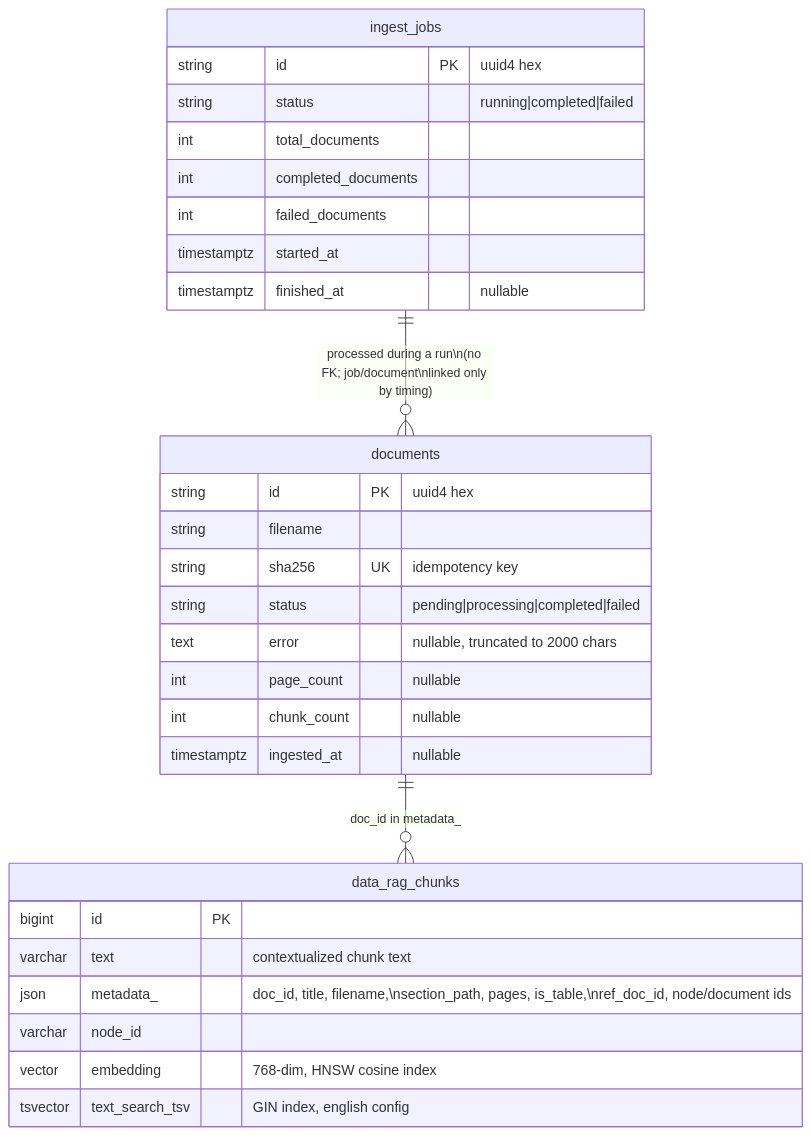
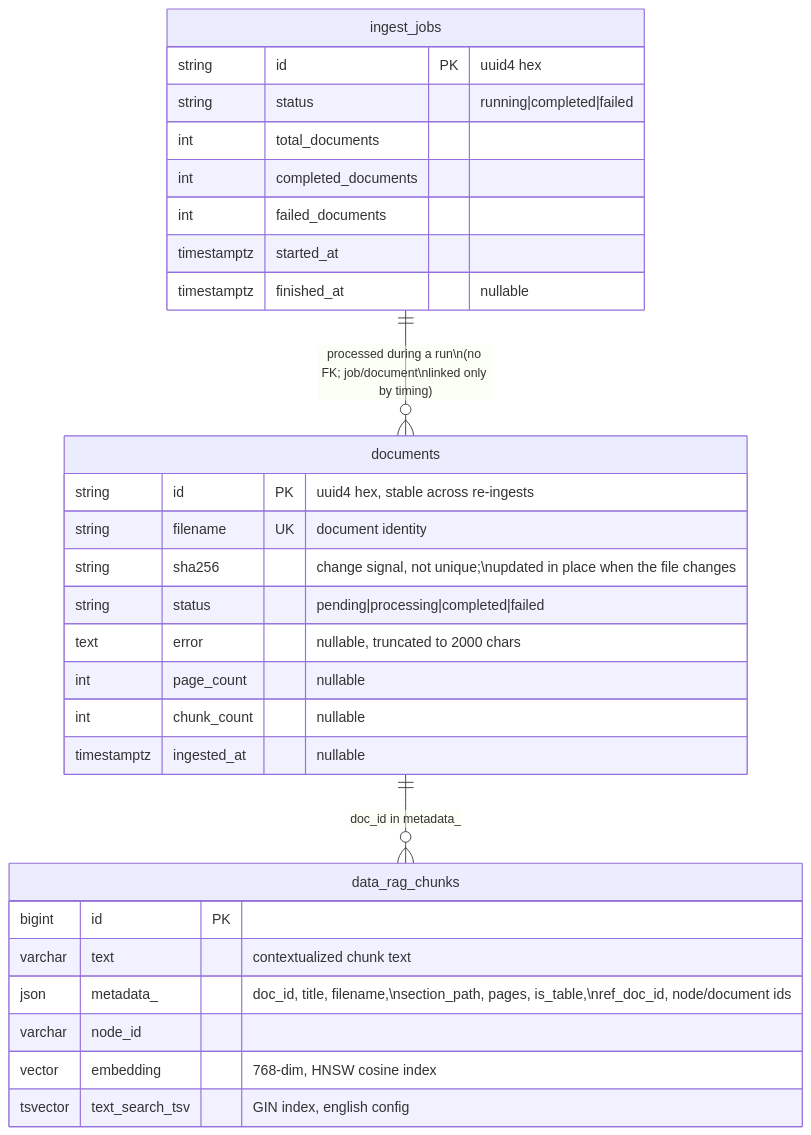
The fourth of 4 diagrams in doc/architecture.md (spectare007/documind), drawn with Mermaid before and after one commit. The commit also changed other lines of this file and 22 other files, not shown here.

````diff
--- a/doc/architecture.md
+++ b/doc/architecture.md
@@ -143,32 +151,32 @@
 ```mermaid
 erDiagram
     documents {
-        string id PK "uuid4 hex"
-        string filename
-        string sha256 UK "idempotency key"
+        string id PK "uuid4 hex, stable across re-ingests"
+        string filename UK "document identity"
+        string sha256 "change signal, not unique;\nupdated in place when the file changes"
         string status "pending|processing|completed|failed"
         text error "nullable, truncated to 2000 chars"
         int page_count "nullable"
         int chunk_count "nullable"
         timestamptz ingested_at "nullable"
     }
     ingest_jobs {
         string id PK "uuid4 hex"
         string status "running|completed|failed"
         int total_documents
         int completed_documents
         int failed_documents
         timestamptz started_at
         timestamptz finished_at "nullable"
     }
     data_rag_chunks {
         bigint id PK
         varchar text "contextualized chunk text"
         json metadata_ "doc_id, title, filename,\nsection_path, pages, is_table,\nref_doc_id, node/document ids"
         varchar node_id
         vector embedding "768-dim, HNSW cosine index"
         tsvector text_search_tsv "GIN index, english config"
     }
     documents ||--o{ data_rag_chunks : "doc_id in metadata_"
     ingest_jobs ||--o{ documents : "processed during a run\n(no FK; job/document\nlinked only by timing)"
 ```
````
